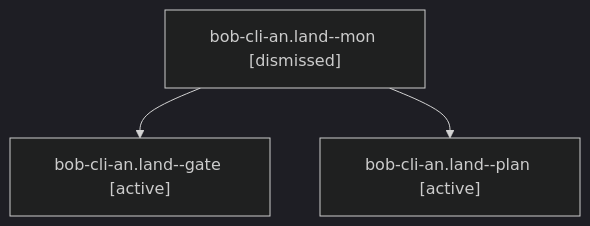
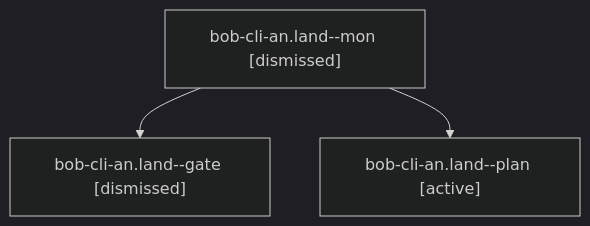
The diagram in sessions/bbugyi200.athena.bob-cli-an.land.md (bobs-org/bob-cli--agents), drawn with Mermaid (dark theme) before and after one commit. The commit also changed other lines of this file and 557 other files, not shown here.

````diff
--- a/sessions/bbugyi200.athena.bob-cli-an.land.md
+++ b/sessions/bbugyi200.athena.bob-cli-an.land.md
@@ -9,8 +9,8 @@
 ```mermaid
 flowchart TD
   n0["bob-cli-an.land--mon [dismissed]"]
-  n1["bob-cli-an.land--gate [active]"]
+  n1["bob-cli-an.land--gate [dismissed]"]
   n0 --> n1
   n2["bob-cli-an.land--plan [active]"]
   n0 --> n2
 ```
````
